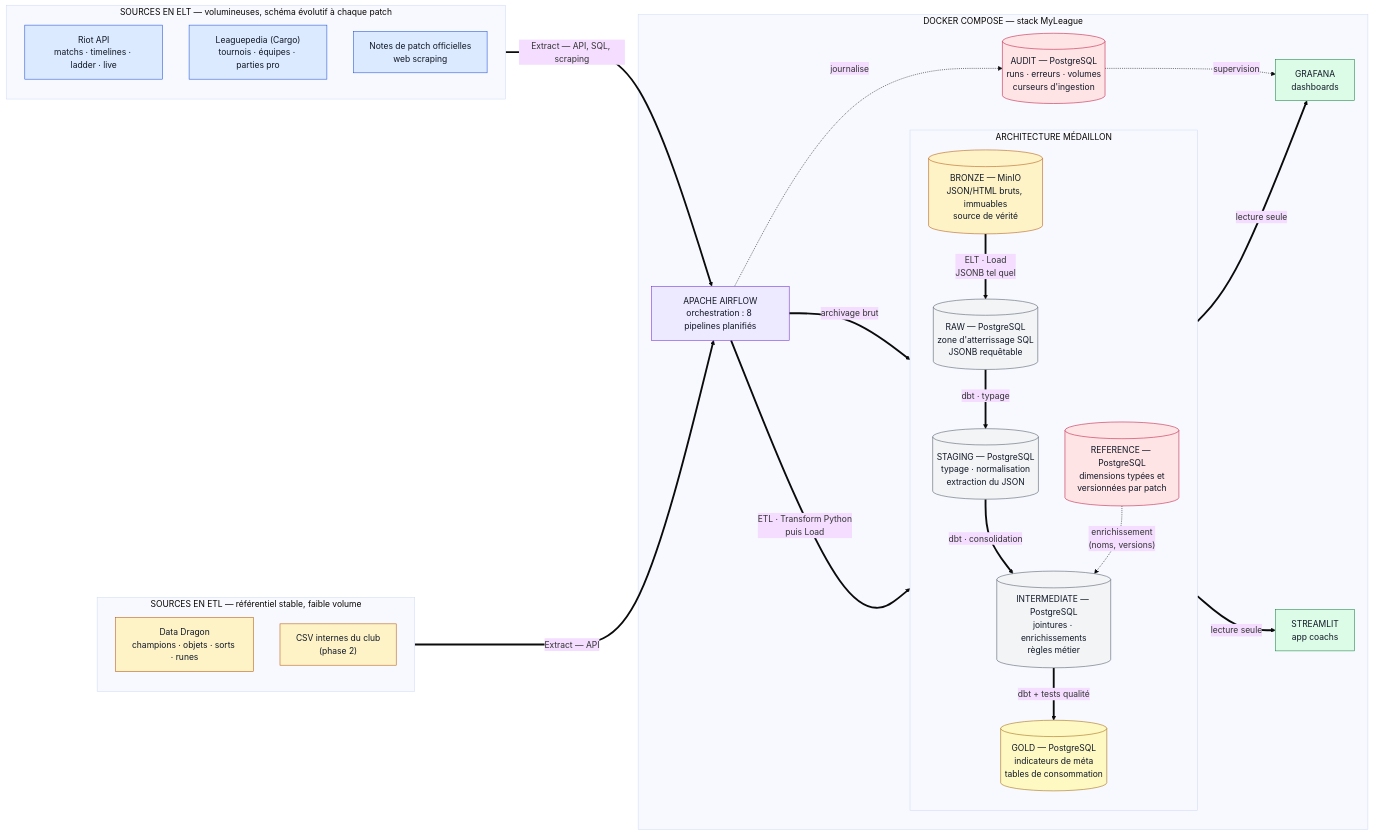
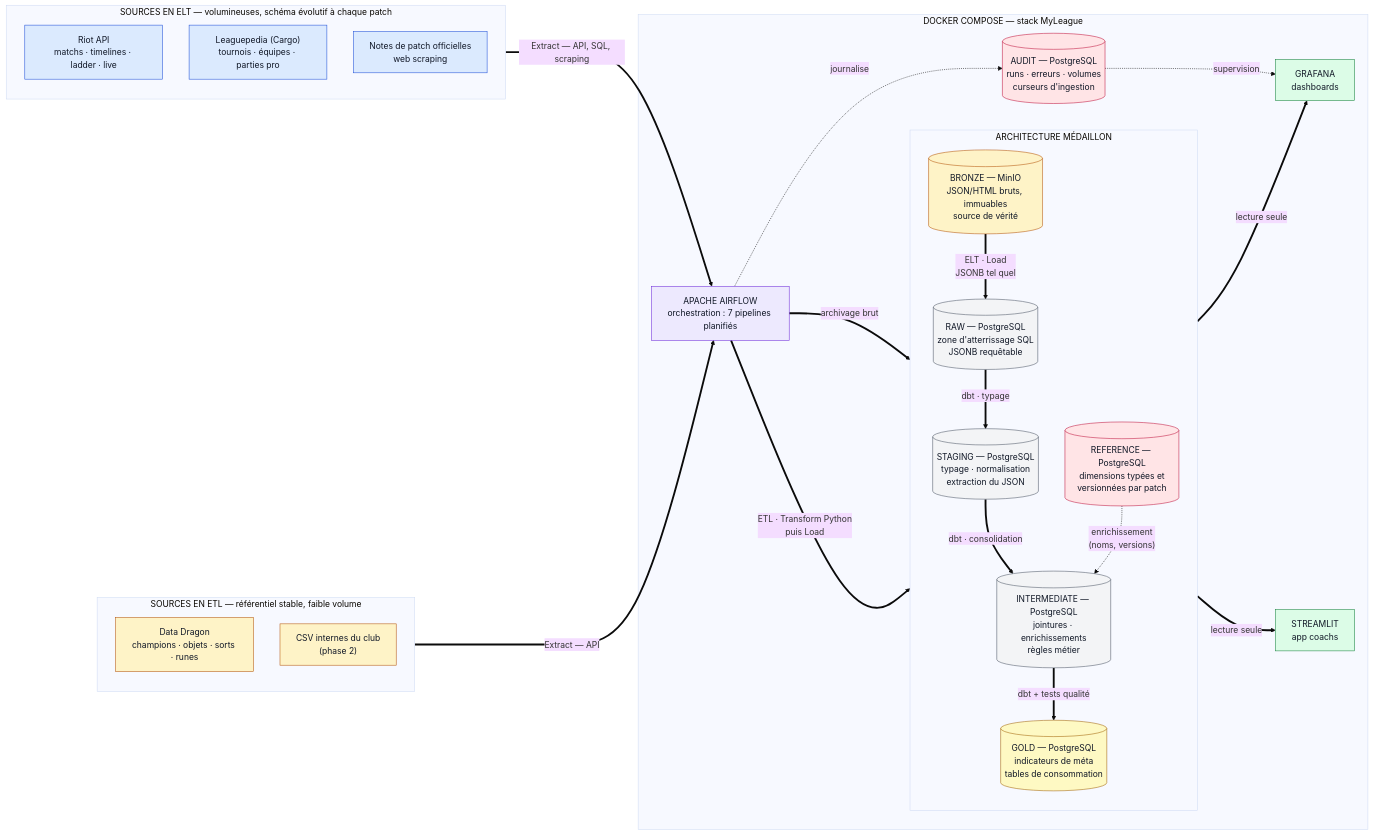
One commit to Randil12/MyLeague changed the first of 5 diagrams in README.md. Above: the diagram before and after it, drawn with Mermaid (base theme). The commit also changed other lines of this file and 16 other files, not shown here.

````diff
--- a/README.md
+++ b/README.md
@@ -11,65 +11,65 @@
 ```mermaid
 flowchart LR
     subgraph SELT["SOURCES EN ELT — volumineuses, schéma évolutif à chaque patch"]
         RIOT["Riot API<br/>matchs · timelines · ladder · live"]
         LPS["Leaguepedia (Cargo)<br/>tournois · équipes · parties pro"]
         PN["Notes de patch officielles<br/>web scraping"]
     end
 
     subgraph SETL["SOURCES EN ETL — référentiel stable, faible volume"]
         DD["Data Dragon<br/>champions · objets · sorts · runes"]
         CSV["CSV internes du club<br/>(phase 2)"]
     end
 
     subgraph DOCKER["DOCKER COMPOSE — stack MyLeague"]
-        AF["APACHE AIRFLOW<br/>orchestration : 8 pipelines planifiés"]
+        AF["APACHE AIRFLOW<br/>orchestration : 7 pipelines planifiés"]
 
         subgraph MED["ARCHITECTURE MÉDAILLON"]
             direction TB
             BRONZE[("BRONZE — MinIO<br/>JSON/HTML bruts, immuables<br/>source de vérité")]
             RAW[("RAW — PostgreSQL<br/>zone d'atterrissage SQL<br/>JSONB requêtable")]
             STAGING[("STAGING — PostgreSQL<br/>typage · normalisation<br/>extraction du JSON")]
             INTERMEDIATE[("INTERMEDIATE — PostgreSQL<br/>jointures · enrichissements<br/>règles métier")]
             GOLD[("GOLD — PostgreSQL<br/>indicateurs de méta<br/>tables de consommation")]
             REF[("REFERENCE — PostgreSQL<br/>dimensions typées et<br/>versionnées par patch")]
         end
 
         AUD[("AUDIT — PostgreSQL<br/>runs · erreurs · volumes<br/>curseurs d'ingestion")]
         GRAF["GRAFANA<br/>dashboards"]
         ST["STREAMLIT<br/>app coachs"]
     end
 
     SELT ==>|"Extract — API, SQL, scraping"| AF
     SETL ==>|"Extract — API"| AF
 
     AF ==>|"archivage brut"| BRONZE
     BRONZE ==>|"ELT · Load<br/>JSONB tel quel"| RAW
     RAW ==>|"dbt · typage"| STAGING
     STAGING ==>|"dbt · consolidation"| INTERMEDIATE
     AF ==>|"ETL · Transform Python<br/>puis Load"| REF
     REF -.->|"enrichissement<br/>(noms, versions)"| INTERMEDIATE
     INTERMEDIATE ==>|"dbt + tests qualité"| GOLD
 
     AF -.->|"journalise"| AUD
     GOLD ==>|"lecture seule"| GRAF
     GOLD ==>|"lecture seule"| ST
     AUD -.->|"supervision"| GRAF
 
     classDef elt fill:#dbeafe,stroke:#1d4ed8,color:#111827;
     classDef etl fill:#fef3c7,stroke:#b45309,color:#111827;
     classDef bronze fill:#fef3c7,stroke:#b45309,color:#111827;
     classDef silver fill:#f3f4f6,stroke:#4b5563,color:#111827;
     classDef gold fill:#fef9c3,stroke:#a16207,color:#111827;
     classDef transverse fill:#ffe4e6,stroke:#be123c,color:#111827;
     classDef viz fill:#dcfce7,stroke:#15803d,color:#111827;
     classDef orch fill:#ede9fe,stroke:#6d28d9,color:#111827;
 
     class RIOT,LPS,PN elt;
     class DD,CSV etl;
     class BRONZE bronze;
     class RAW,STAGING,INTERMEDIATE silver;
     class GOLD gold;
     class REF,AUD transverse;
     class GRAF,ST viz;
     class AF orch;
 ```
````
